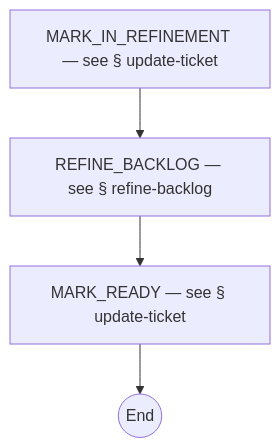
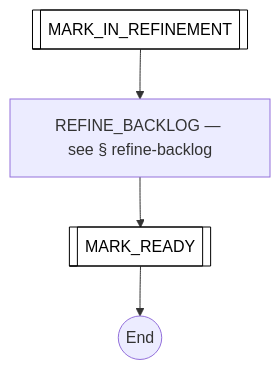
The third of 50 diagrams in docs/process-diagram.md (optivem/gh-optivem), drawn with Mermaid before and after one commit. The commit also changed other lines of this file, not shown here.

First line of the commit message:
docs: regenerate process-flow diagram after subtype rename

````diff
--- a/docs/process-diagram.md
+++ b/docs/process-diagram.md
@@ -60,11 +60,14 @@
 ```mermaid
 flowchart TD
-    MARK_IN_REFINEMENT[MARK_IN_REFINEMENT — see § update-ticket]
-    MARK_READY[MARK_READY — see § update-ticket]
+    MARK_IN_REFINEMENT[[MARK_IN_REFINEMENT]]
+    MARK_READY[[MARK_READY]]
     REFINE_BACKLOG[REFINE_BACKLOG — see § refine-backlog]
     REFINE_TICKET_END((End))
 
     MARK_IN_REFINEMENT --> REFINE_BACKLOG
     REFINE_BACKLOG --> MARK_READY
     MARK_READY --> REFINE_TICKET_END
+
+    classDef serviceNode fill:#ffffff,stroke:#000000,stroke-width:1px,color:#000000
+    class MARK_IN_REFINEMENT,MARK_READY serviceNode
 ```
````
